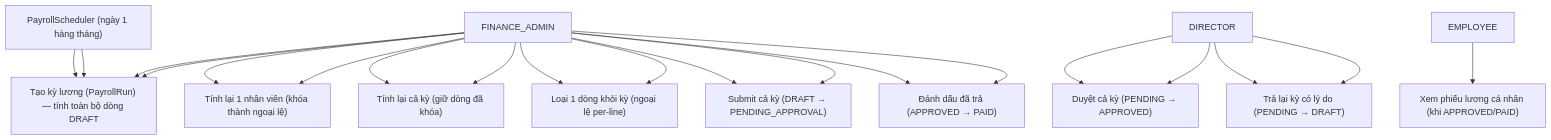
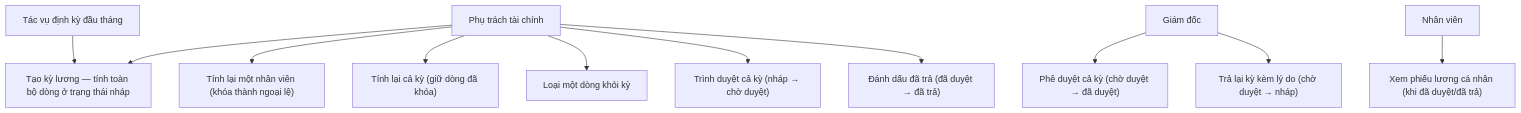
Before and after one commit to NBachTH/HRMS: the sixth of 19 diagrams in docs/DATN_20204812_NguyenThanhBach/DATN_20204812_NguyenThanhBach.md, drawn with Mermaid. The commit also changed other lines of this file, not shown here.

````diff
--- a/docs/DATN_20204812_NguyenThanhBach/DATN_20204812_NguyenThanhBach.md
+++ b/docs/DATN_20204812_NguyenThanhBach/DATN_20204812_NguyenThanhBach.md
@@ -332,22 +308,13 @@
 ```mermaid
 graph TD
-    FIN["FINANCE_ADMIN"] --> A["Tạo kỳ lương (PayrollRun) — tính toàn bộ dòng DRAFT"]
-    FIN --> R1["Tính lại 1 nhân viên (khóa thành ngoại lệ)"]
+    FIN["Phụ trách tài chính"] --> A["Tạo kỳ lương — tính toàn bộ dòng ở trạng thái nháp"]
+    FIN --> R1["Tính lại một nhân viên (khóa thành ngoại lệ)"]
     FIN --> R2["Tính lại cả kỳ (giữ dòng đã khóa)"]
-    FIN --> R3["Loại 1 dòng khỏi kỳ (ngoại lệ per-line)"]
-    FIN --> C["Submit cả kỳ (DRAFT → PENDING_APPROVAL)"]
-    FIN --> D["Đánh dấu đã trả (APPROVED → PAID)"]
-    DIR["DIRECTOR"] --> F["Duyệt cả kỳ (PENDING → APPROVED)"]
-    DIR --> G["Trả lại kỳ có lý do (PENDING → DRAFT)"]
-    FIN["FINANCE_ADMIN"] --> A["Tạo kỳ lương (PayrollRun) — tính toàn bộ dòng DRAFT"]
-    FIN --> R1["Tính lại 1 nhân viên (khóa thành ngoại lệ)"]
-    FIN --> R2["Tính lại cả kỳ (giữ dòng đã khóa)"]
-    FIN --> R3["Loại 1 dòng khỏi kỳ (ngoại lệ per-line)"]
-    FIN --> C["Submit cả kỳ (DRAFT → PENDING_APPROVAL)"]
-    FIN --> D["Đánh dấu đã trả (APPROVED → PAID)"]
-    DIR["DIRECTOR"] --> F["Duyệt cả kỳ (PENDING → APPROVED)"]
-    DIR --> G["Trả lại kỳ có lý do (PENDING → DRAFT)"]
-    EMP["EMPLOYEE"] --> H["Xem phiếu lương cá nhân (khi APPROVED/PAID)"]
-    SCHED["PayrollScheduler (ngày 1 hàng tháng)"] --> A
-    SCHED["PayrollScheduler (ngày 1 hàng tháng)"] --> A
+    FIN --> R3["Loại một dòng khỏi kỳ"]
+    FIN --> C["Trình duyệt cả kỳ (nháp → chờ duyệt)"]
+    FIN --> D["Đánh dấu đã trả (đã duyệt → đã trả)"]
+    DIR["Giám đốc"] --> F["Phê duyệt cả kỳ (chờ duyệt → đã duyệt)"]
+    DIR --> G["Trả lại kỳ kèm lý do (chờ duyệt → nháp)"]
+    EMP["Nhân viên"] --> H["Xem phiếu lương cá nhân (khi đã duyệt/đã trả)"]
+    SCHED["Tác vụ định kỳ đầu tháng"] --> A
 ```
````
